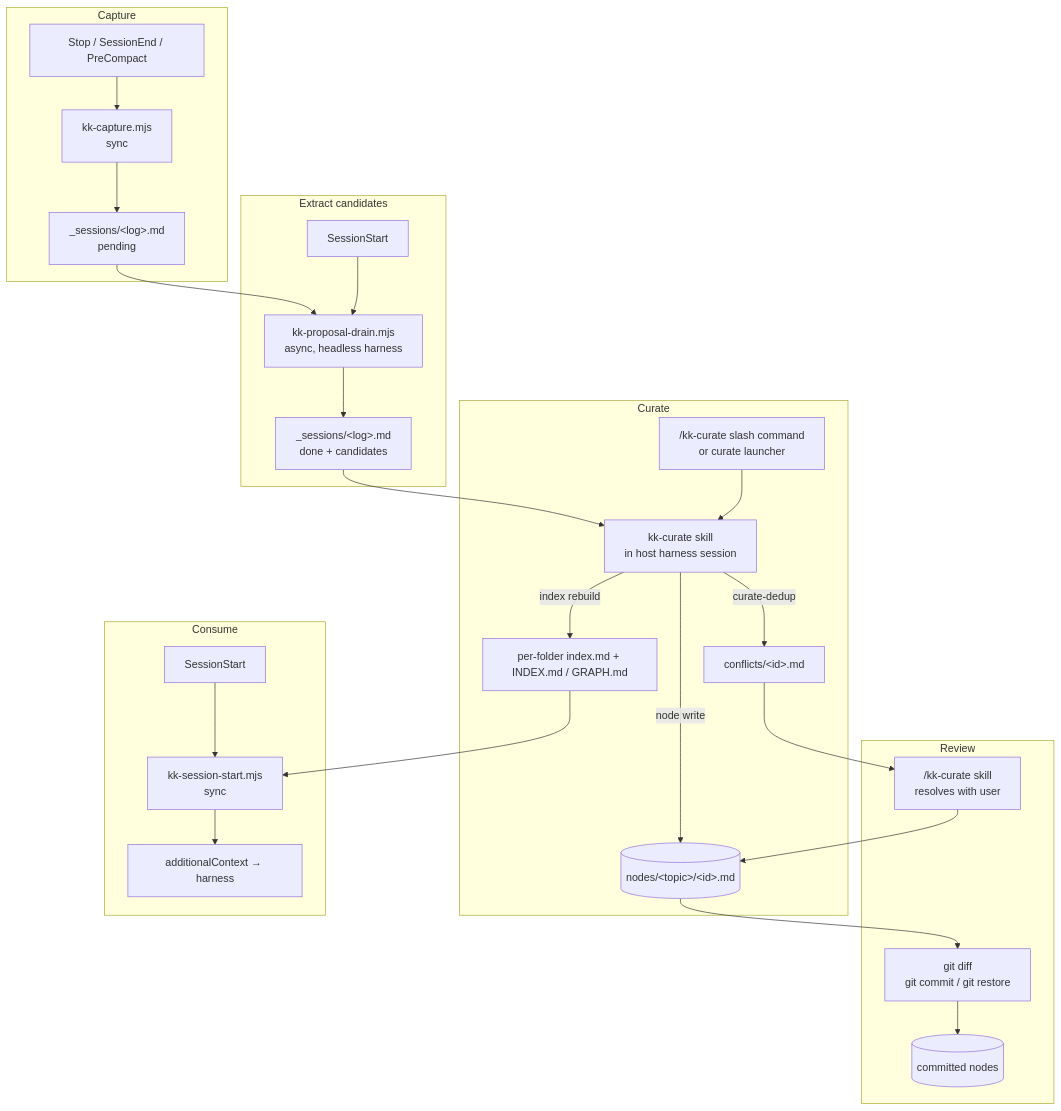
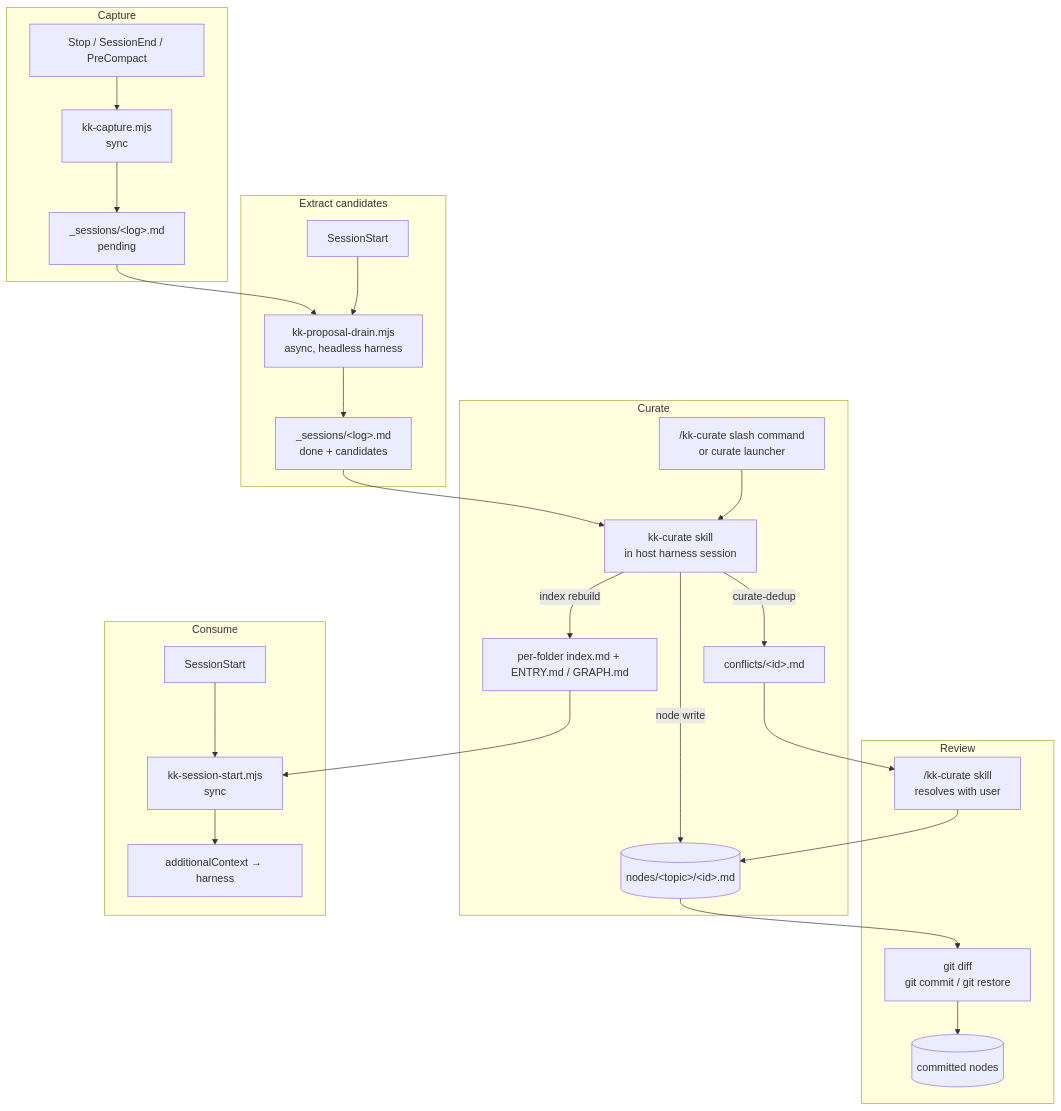
Before and after one commit to e0ipso/ai-knowledge-base: the diagram in docs/internals/architecture.md, drawn with Mermaid. The commit also changed other lines of this file and 72 other files, not shown here.

````diff
--- a/docs/internals/architecture.md
+++ b/docs/internals/architecture.md
@@ -42,34 +42,34 @@
 ```mermaid
 flowchart TB
     subgraph capture[Capture]
         H1[Stop / SessionEnd / PreCompact] --> KB1[kk-capture.mjs<br/>sync]
         KB1 --> SL[_sessions/&lt;log&gt;.md<br/>pending]
     end
 
     subgraph extract[Extract candidates]
         SS1[SessionStart] --> KB2[kk-proposal-drain.mjs<br/>async, headless harness]
         SL --> KB2
         KB2 --> SLD[_sessions/&lt;log&gt;.md<br/>done + candidates]
     end
 
     subgraph curate[Curate]
         UC["/kk-curate slash command<br/>or curate launcher"] --> KB3[kk-curate skill<br/>in host harness session]
         SLD --> KB3
         KB3 -->|node write| NODES[(nodes/&lt;topic&gt;/&lt;id&gt;.md)]
         KB3 -->|curate-dedup| PC[conflicts/&lt;id&gt;.md]
-        KB3 -->|index rebuild| IDX[per-folder index.md + INDEX.md / GRAPH.md]
+        KB3 -->|index rebuild| IDX[per-folder index.md + ENTRY.md / GRAPH.md]
     end
 
     subgraph review[Review]
         NODES --> RV[git diff<br/>git commit / git restore]
         PC --> SK["/kk-curate skill<br/>resolves with user"]
         SK --> NODES
         RV --> COMMIT[(committed nodes)]
     end
 
     subgraph consume[Consume]
         SS2[SessionStart] --> KB4[kk-session-start.mjs<br/>sync]
         IDX --> KB4
         KB4 --> CTX[additionalContext → harness]
     end
 ```
````
